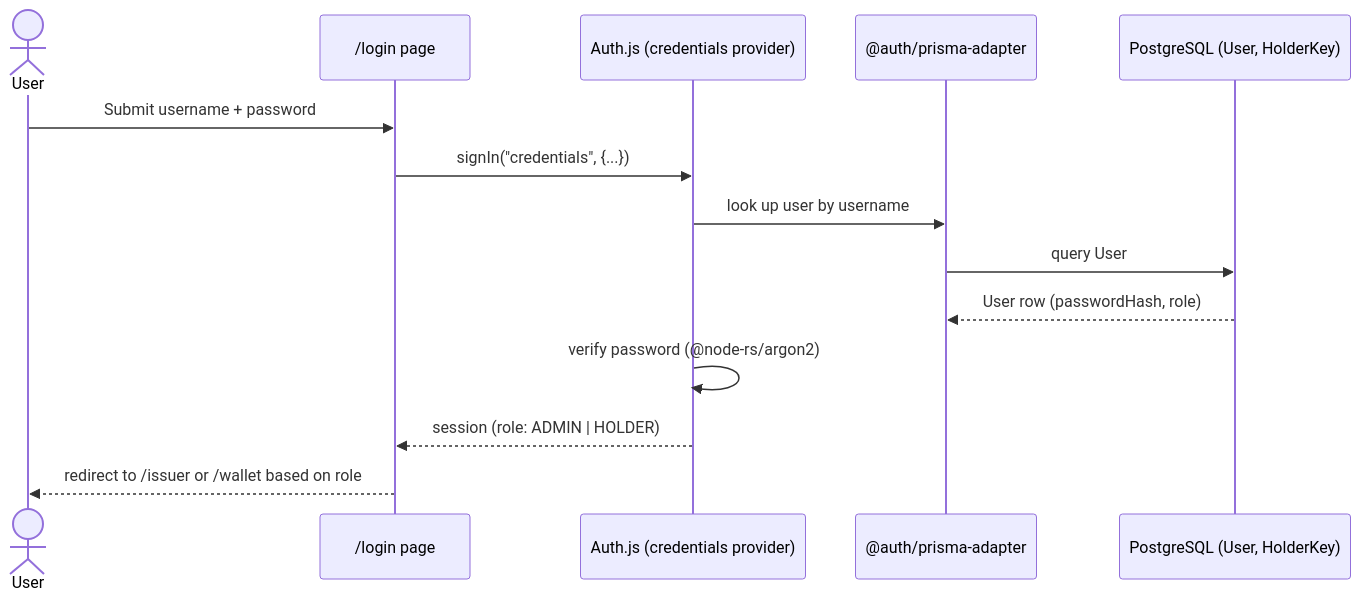
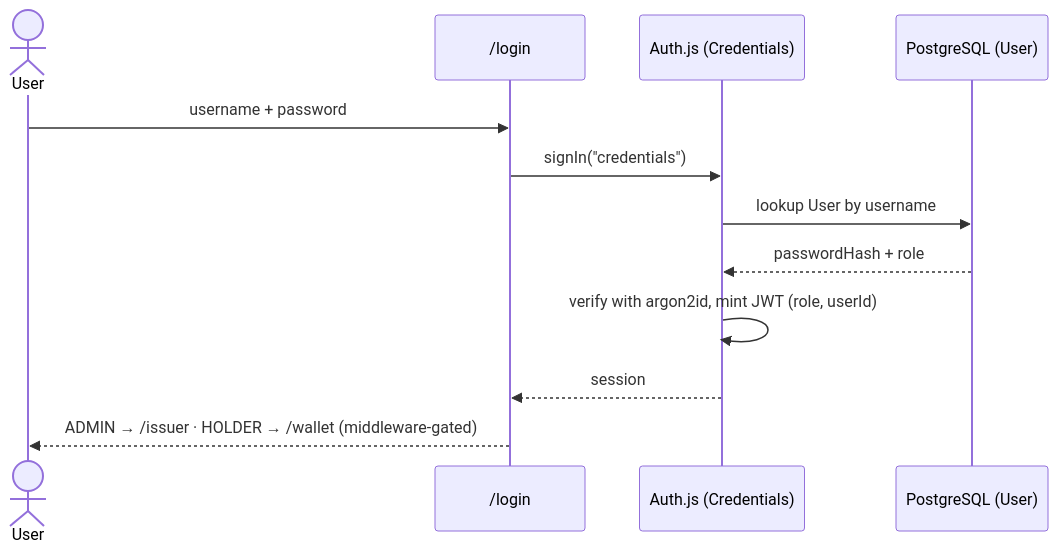
Before and after one commit to princeVillamil/zelyo: the third of 5 diagrams in README.md, drawn with Mermaid. The commit also changed other lines of this file, not shown here.

````diff
--- a/README.md
+++ b/README.md
@@ -171,17 +152,14 @@
 ```mermaid
 sequenceDiagram
     actor User
-    participant Login as /login page
-    participant AuthJS as Auth.js (credentials provider)
-    participant Adapter as @auth/prisma-adapter
-    participant DB as PostgreSQL (User, HolderKey)
-
-    User->>Login: Submit username + password
-    Login->>AuthJS: signIn("credentials", {...})
-    AuthJS->>Adapter: look up user by username
-    Adapter->>DB: query User
-    DB-->>Adapter: User row (passwordHash, role)
-    AuthJS->>AuthJS: verify password (@node-rs/argon2)
-    AuthJS-->>Login: session (role: ADMIN | HOLDER)
-    Login-->>User: redirect to /issuer or /wallet based on role
+    participant Login as /login
+    participant AuthJS as Auth.js (Credentials)
+    participant DB as PostgreSQL (User)
+    User->>Login: username + password
+    Login->>AuthJS: signIn("credentials")
+    AuthJS->>DB: lookup User by username
+    DB-->>AuthJS: passwordHash + role
+    AuthJS->>AuthJS: verify with argon2id, mint JWT (role, userId)
+    AuthJS-->>Login: session
+    Login-->>User: ADMIN → /issuer · HOLDER → /wallet (middleware-gated)
 ```
````
